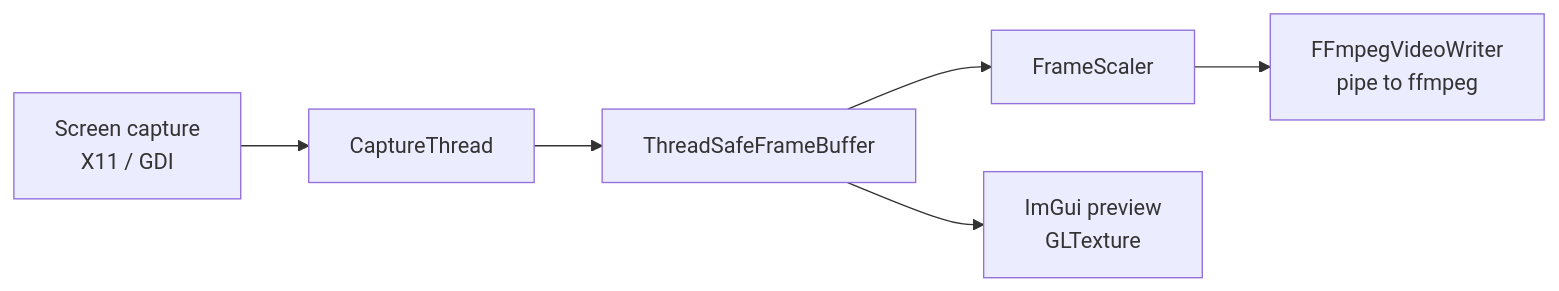
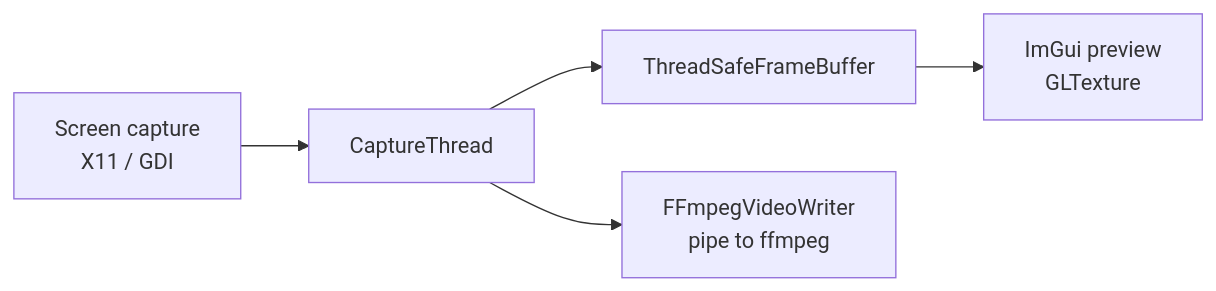
One commit to bigalex95/NanoRec-CPP changed the diagram in README.md. Above: the diagram before and after it, drawn with Mermaid.

Commit message:
docs: simplify architecture diagram

````diff
--- a/README.md
+++ b/README.md
@@ -22,8 +22,7 @@
 ```mermaid
 flowchart LR
   A[Screen capture<br/>X11 / GDI] --> B[CaptureThread]
   B --> C[ThreadSafeFrameBuffer]
-  C --> D[FrameScaler]
-  D --> E[FFmpegVideoWriter<br/>pipe to ffmpeg]
+  B --> E[FFmpegVideoWriter<br/>pipe to ffmpeg]
   C --> F[ImGui preview<br/>GLTexture]
 ```
````
